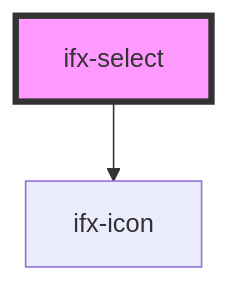
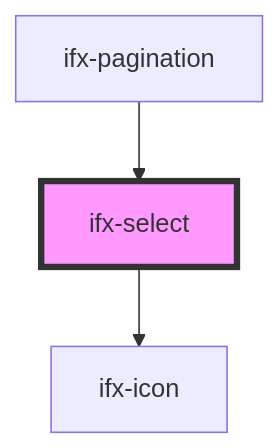
One commit to Infineon/infineon-design-system-stencil changed the diagram in packages/components/src/components/select/readme.md. Above: the diagram before and after it, drawn with Mermaid. The commit also changed other lines of this file and 8 other files, not shown here.

````diff
--- a/packages/components/src/components/select/readme.md
+++ b/packages/components/src/components/select/readme.md
@@ -282,5 +286,6 @@
 ```mermaid
 graph TD;
   ifx-select --> ifx-icon
+  ifx-pagination --> ifx-select
   style ifx-select fill:#f9f,stroke:#333,stroke-width:4px
 ```
````
